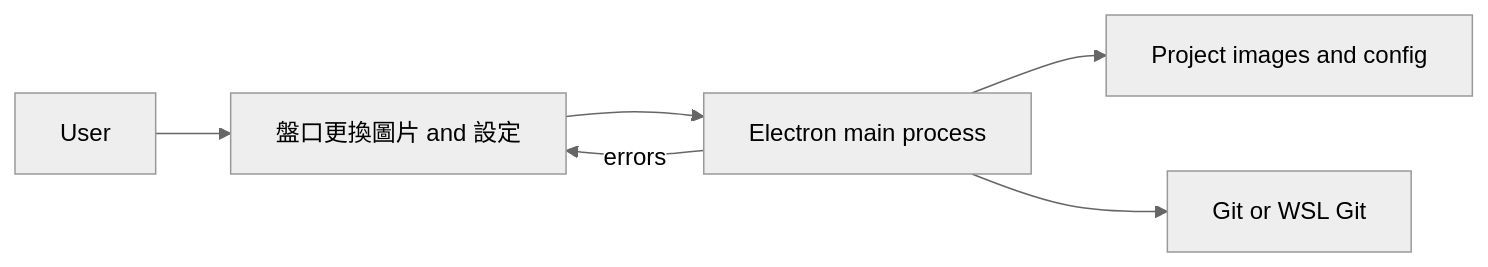
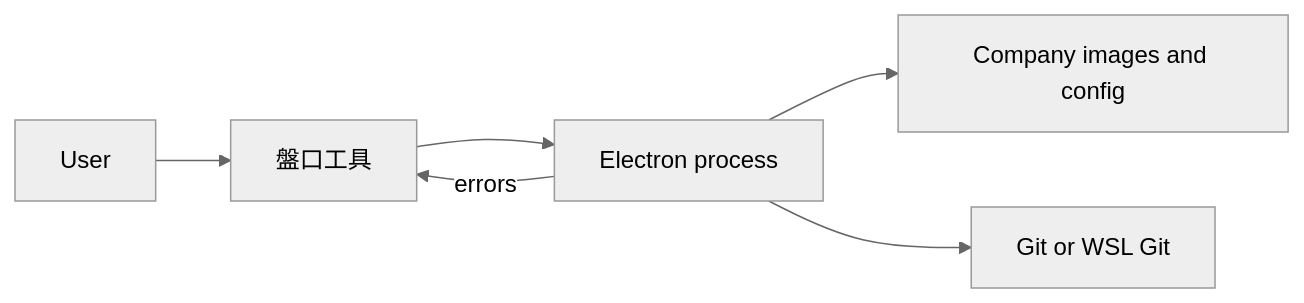
The diagram in README.md (ZiJson/changeImgGUI), drawn with Mermaid (neutral theme) before and after one commit. The commit also changed other lines of this file and 6 other files, not shown here.

````diff
--- a/README.md
+++ b/README.md
@@ -41,8 +67,8 @@
 ```mermaid
 flowchart LR
-  User --> Window["盤口更換圖片 and 設定"]
-  Window --> Main["Electron main process"]
-  Main --> Files["Project images and config"]
+  User --> Window["盤口工具"]
+  Window --> Main["Electron process"]
+  Main --> Files["Company images and config"]
   Main --> Git["Git or WSL Git"]
   Main -->|errors| Window
 ```
````
